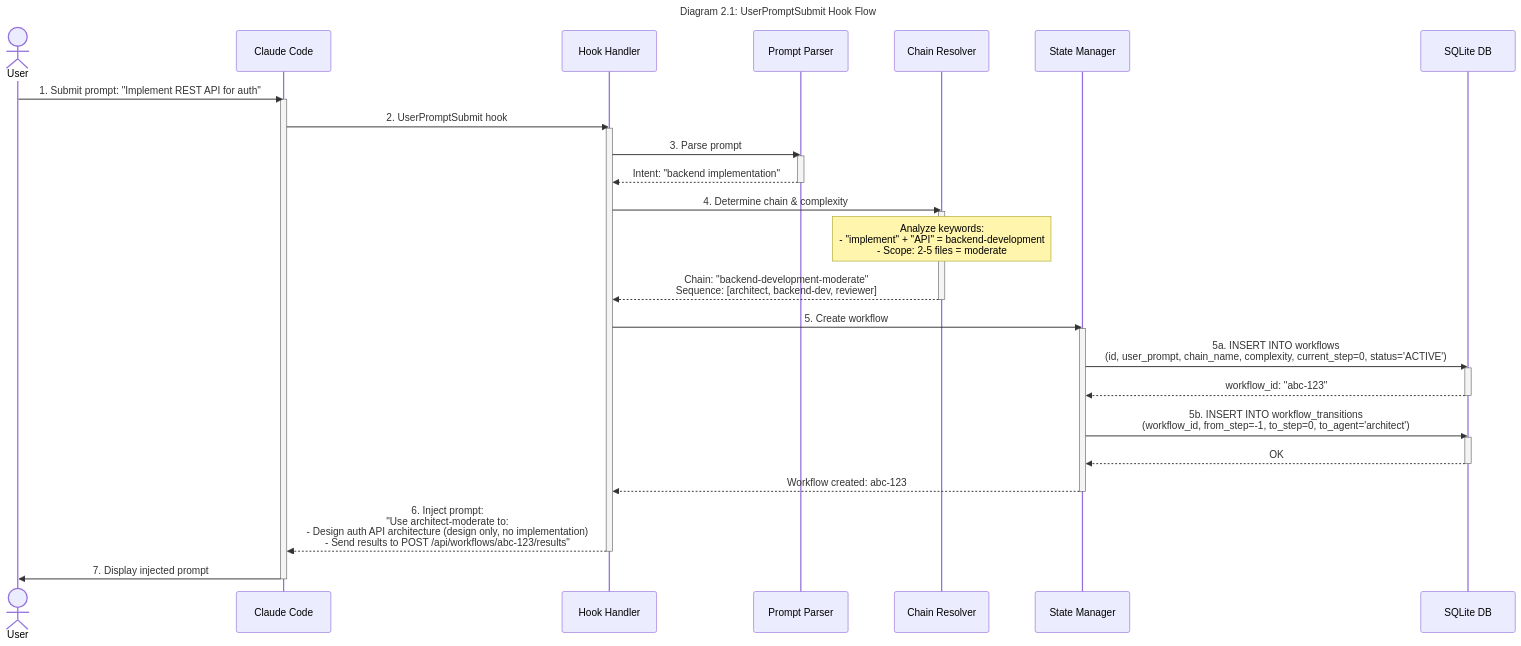
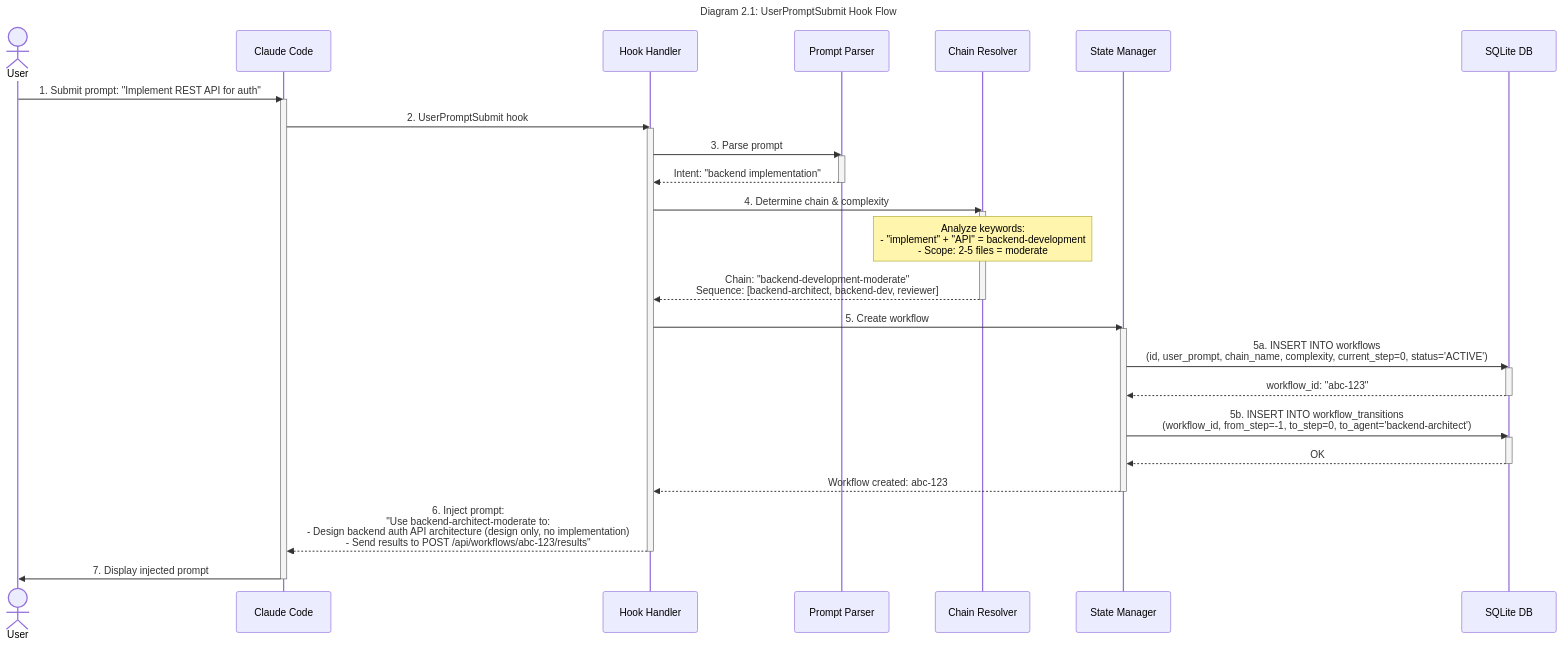
The fourth of 11 diagrams in docs/architecture.md (drevispas/ccorch), drawn with Mermaid before and after one commit. The commit also changed other lines of this file and 4 other files, not shown here.

First line of the commit message:
docs: clarify architect role references as backend-architect or frontend-architect

````diff
--- a/docs/architecture.md
+++ b/docs/architecture.md
@@ -225,48 +227,48 @@
 ```mermaid
 ---
 title: "Diagram 2.1: UserPromptSubmit Hook Flow"
 ---
 sequenceDiagram
     actor User
     participant CC as Claude Code
     participant Hook as Hook Handler
     participant Parser as Prompt Parser
     participant Resolver as Chain Resolver
     participant StateMgr as State Manager
     participant DB as SQLite DB
 
     User->>CC: 1. Submit prompt: "Implement REST API for auth"
     activate CC
     CC->>Hook: 2. UserPromptSubmit hook
     activate Hook
 
     Hook->>Parser: 3. Parse prompt
     activate Parser
     Parser-->>Hook: Intent: "backend implementation"
     deactivate Parser
 
     Hook->>Resolver: 4. Determine chain & complexity
     activate Resolver
     Note over Resolver: Analyze keywords:<br/>- "implement" + "API" = backend-development<br/>- Scope: 2-5 files = moderate
-    Resolver-->>Hook: Chain: "backend-development-moderate"<br/>Sequence: [architect, backend-dev, reviewer]
+    Resolver-->>Hook: Chain: "backend-development-moderate"<br/>Sequence: [backend-architect, backend-dev, reviewer]
     deactivate Resolver
 
     Hook->>StateMgr: 5. Create workflow
     activate StateMgr
     StateMgr->>DB: 5a. INSERT INTO workflows<br/>(id, user_prompt, chain_name, complexity, current_step=0, status='ACTIVE')
     activate DB
     DB-->>StateMgr: workflow_id: "abc-123"
     deactivate DB
 
-    StateMgr->>DB: 5b. INSERT INTO workflow_transitions<br/>(workflow_id, from_step=-1, to_step=0, to_agent='architect')
+    StateMgr->>DB: 5b. INSERT INTO workflow_transitions<br/>(workflow_id, from_step=-1, to_step=0, to_agent='backend-architect')
     activate DB
     DB-->>StateMgr: OK
     deactivate DB
     StateMgr-->>Hook: Workflow created: abc-123
     deactivate StateMgr
 
-    Hook-->>CC: 6. Inject prompt:<br/>"Use architect-moderate to:<br/>- Design auth API architecture (design only, no implementation)<br/>- Send results to POST /api/workflows/abc-123/results"
+    Hook-->>CC: 6. Inject prompt:<br/>"Use backend-architect-moderate to:<br/>- Design backend auth API architecture (design only, no implementation)<br/>- Send results to POST /api/workflows/abc-123/results"
     deactivate Hook
     CC->>User: 7. Display injected prompt
     deactivate CC
 ```
````
